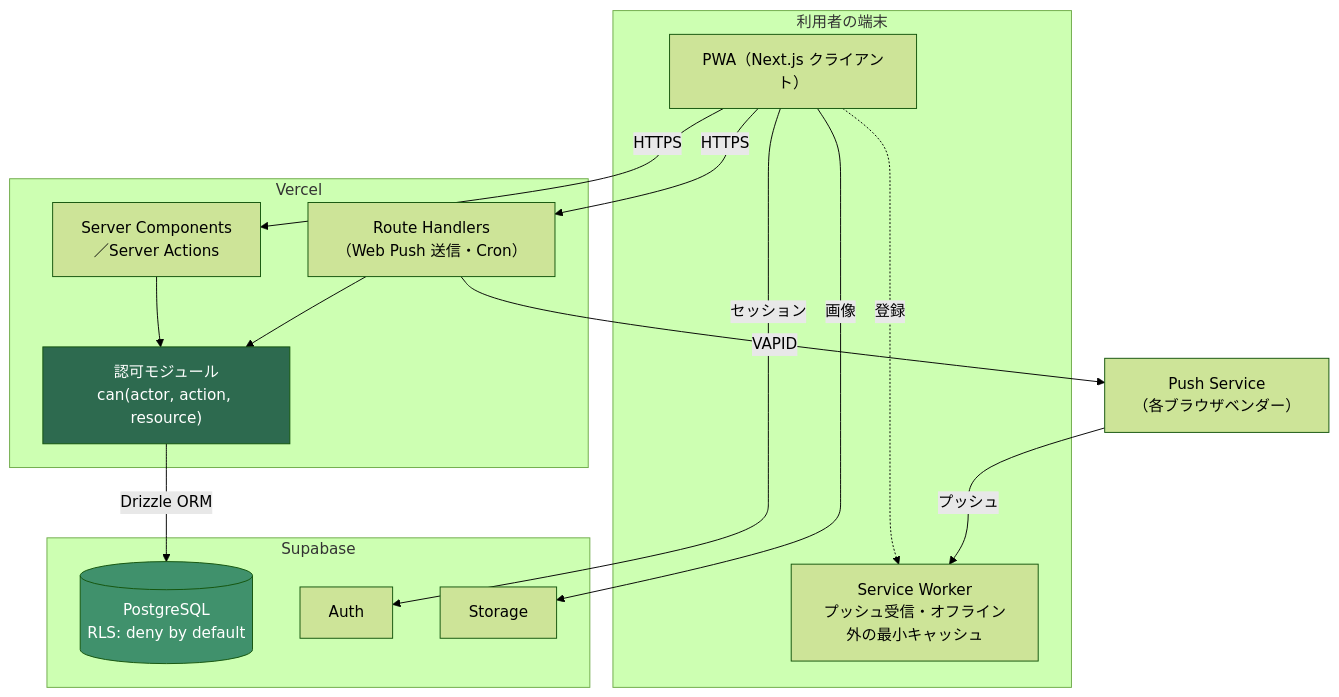
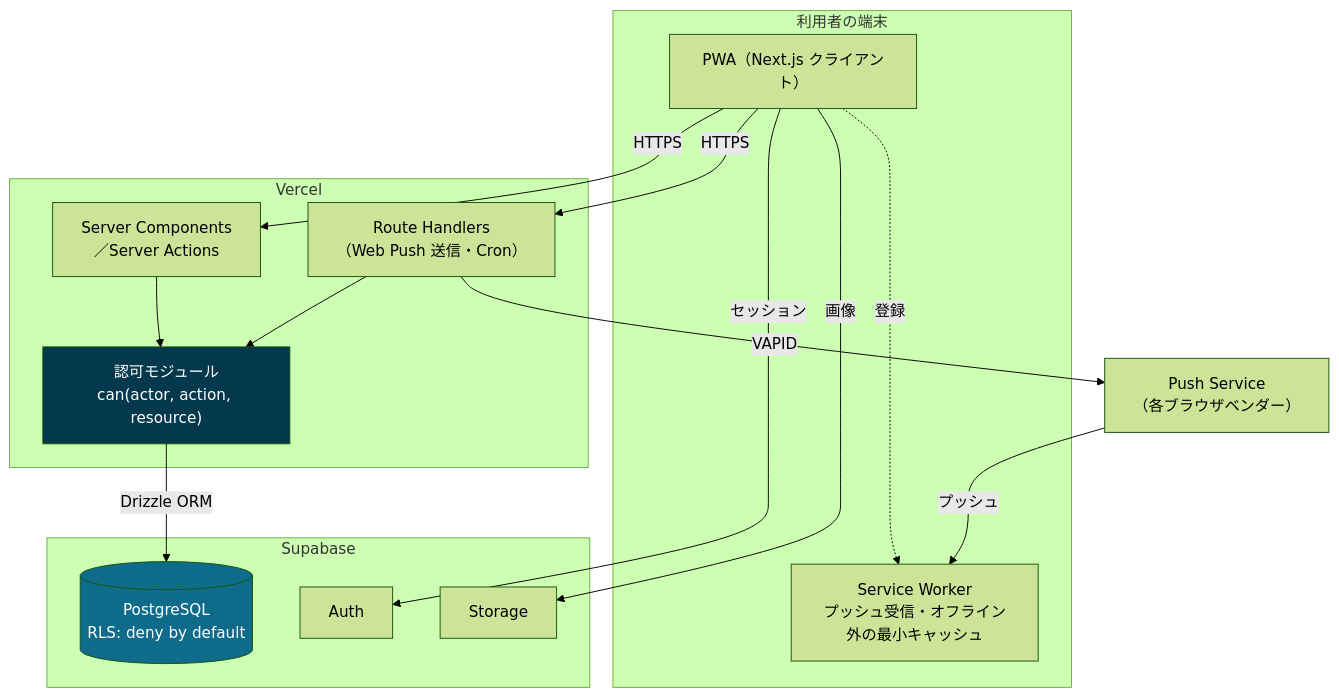
One commit to GitHatake/RoveringNow changed the first of 3 diagrams in docs/10_source/02_architecture.md. Above: the diagram before and after it, drawn with Mermaid (forest theme). The commit also changed 3 other files, not shown here.

````diff
--- a/docs/10_source/02_architecture.md
+++ b/docs/10_source/02_architecture.md
@@ -147,35 +147,35 @@
 ```mermaid
 flowchart TB
     subgraph Client["利用者の端末"]
         PWA["PWA（Next.js クライアント）"]
         SW["Service Worker<br/>プッシュ受信・オフライン外の最小キャッシュ"]
         PWA -.登録.-> SW
     end
 
     subgraph Vercel["Vercel"]
         RSC["Server Components<br/>／Server Actions"]
         API["Route Handlers<br/>（Web Push 送信・Cron）"]
         Policy["認可モジュール<br/>can(actor, action, resource)"]
         RSC --> Policy
         API --> Policy
     end
 
     subgraph Supabase["Supabase"]
         PG[("PostgreSQL<br/>RLS: deny by default")]
         Auth["Auth"]
         Storage["Storage"]
     end
 
     Push["Push Service<br/>（各ブラウザベンダー）"]
 
     PWA -->|HTTPS| RSC
     PWA -->|HTTPS| API
     Policy -->|Drizzle ORM| PG
     PWA -->|セッション| Auth
     PWA -->|画像| Storage
     API -->|VAPID| Push
     Push -->|プッシュ| SW
 
-    style Policy fill:#2d6a4f,color:#fff
-    style PG fill:#40916c,color:#fff
+    style Policy fill:#04384c,color:#fff
+    style PG fill:#0f6b8a,color:#fff
 ```
````
